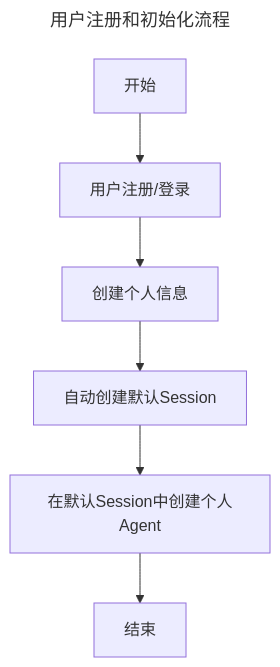
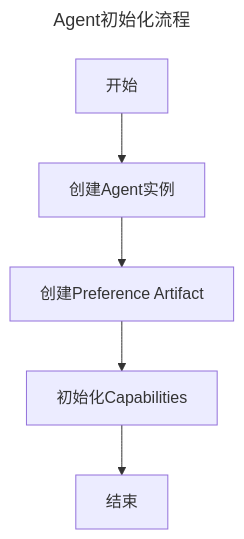
The first of 2 diagrams in docs/designs/big_picture.md (H2OSLabs/agentour), drawn with Mermaid before and after one commit. The commit also changed other lines of this file and 6 other files, not shown here.

Commit message:
update data schema

````diff
--- a/docs/designs/big_picture.md
+++ b/docs/designs/big_picture.md
@@ -17,11 +413,10 @@
 ```mermaid
 ---
-title: 用户注册和初始化流程
+title: Agent初始化流程
 ---
 flowchart TD
-    A[开始] --> B[用户注册/登录]
-    B --> C[创建个人信息]
-    C --> D[自动创建默认Session]
-    D --> E[在默认Session中创建个人Agent]
-    E --> F[结束]
+    A[开始] --> B[创建Agent实例]
+    B --> C[创建Preference Artifact]
+    C --> D[初始化Capabilities]
+    D --> E[结束]
 ```
````
